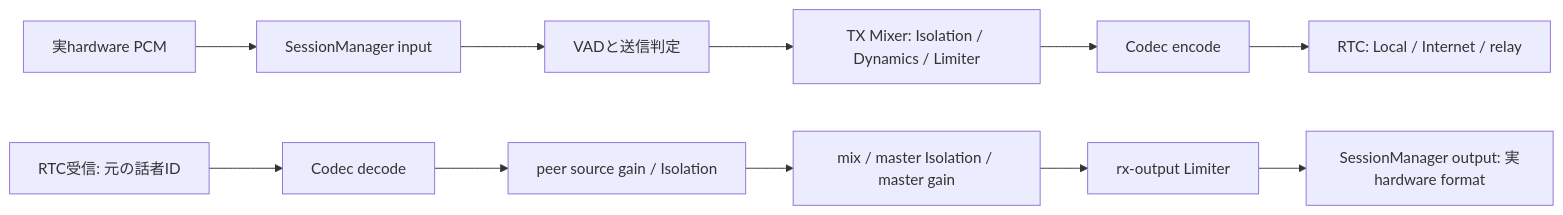
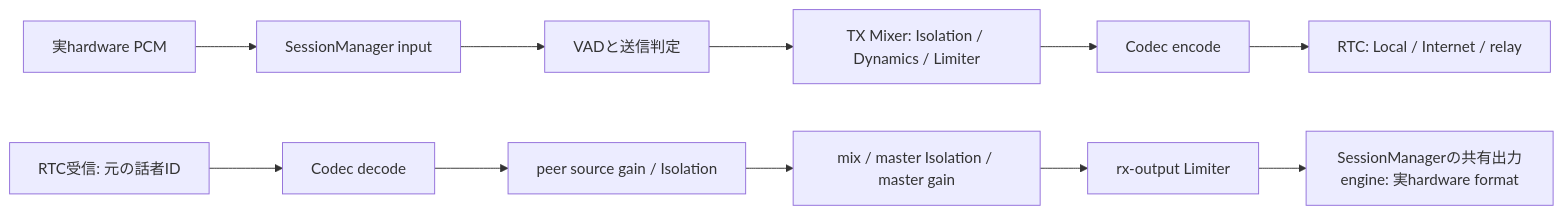
Before and after one commit to eroccowaruico/RideCom: the second of 2 diagrams in docs/spec/アーキテクチャ.md, drawn with Mermaid. The commit also changed other lines of this file and 3 other files, not shown here.

````diff
--- a/docs/spec/アーキテクチャ.md
+++ b/docs/spec/アーキテクチャ.md
@@ -99,13 +99,13 @@
 ```mermaid
 flowchart LR
     HW[実hardware PCM] --> Input[SessionManager input]
     Input --> VAD[VADと送信判定]
     VAD --> TX[TX Mixer: Isolation / Dynamics / Limiter]
     TX --> Encode[Codec encode]
     Encode --> Send[RTC: Local / Internet / relay]
     Receive[RTC受信: 元の話者ID] --> Decode[Codec decode]
     Decode --> Peer[peer source gain / Isolation]
     Peer --> Master[mix / master Isolation / master gain]
     Master --> Limit[rx-output Limiter]
-    Limit --> Output[SessionManager output: 実hardware format]
+    Limit --> Output[SessionManagerの共有出力engine: 実hardware format]
 ```
````
